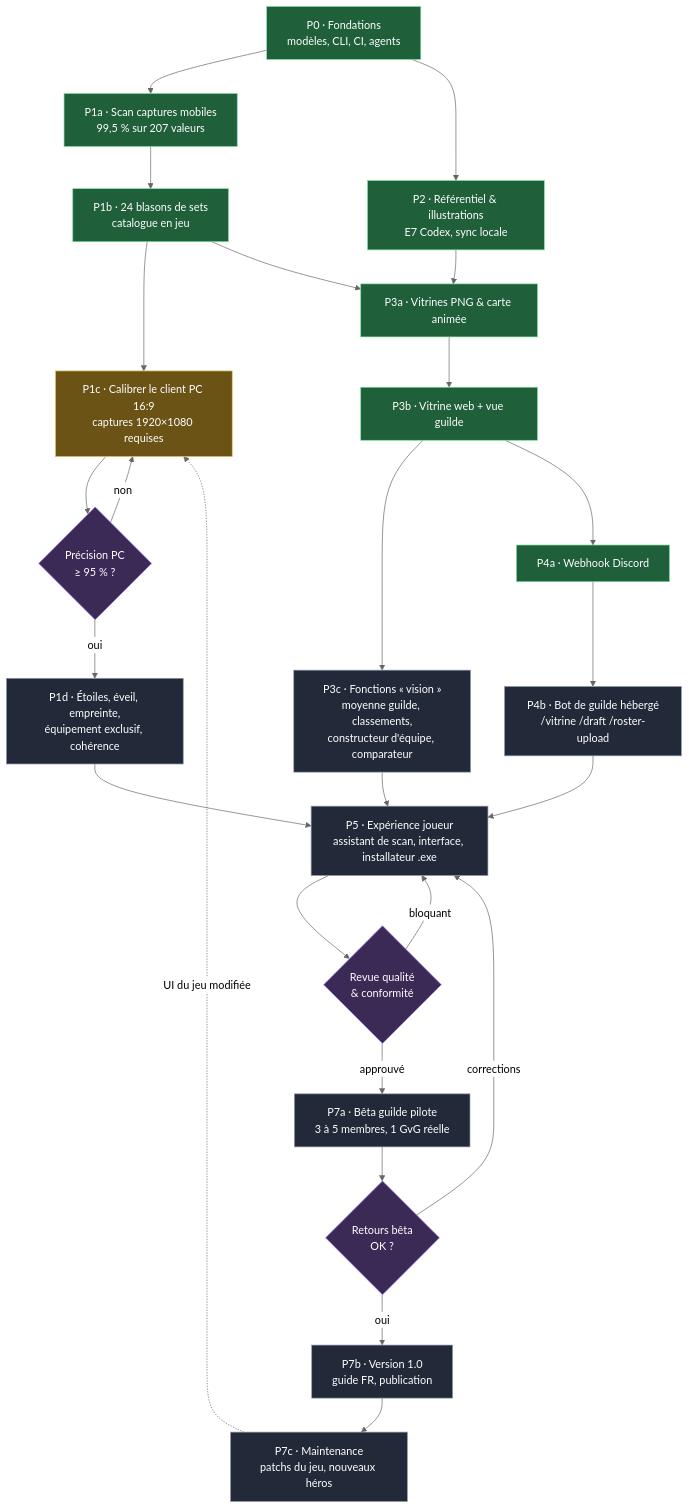
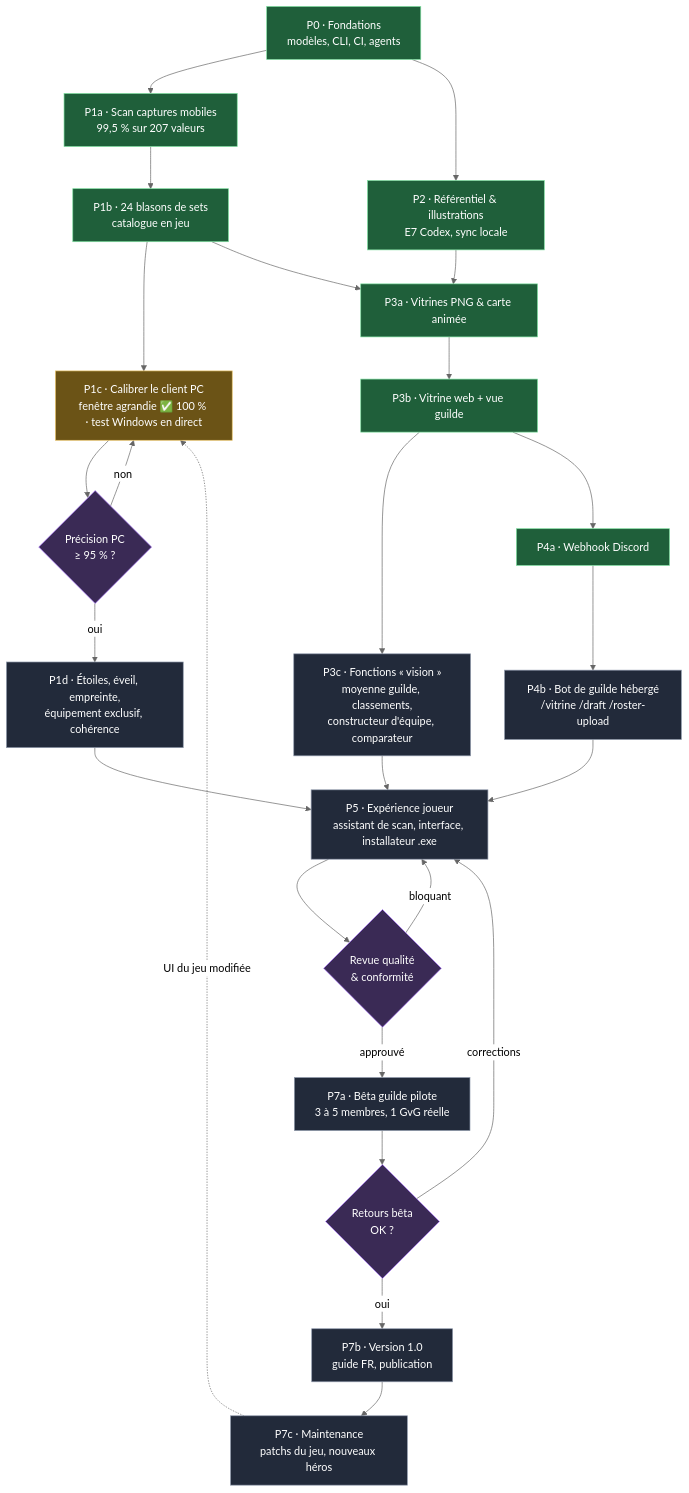
Before and after one commit to STRDSpartan/E7-projects: the first of 4 diagrams in docs/PLAN.md, drawn with Mermaid (neutral theme). The commit also changed other lines of this file and 13 other files, not shown here.

First line of the commit message:
Calibration du client PC : profil pc_19x10 à 100 % sur captures réelles

````diff
--- a/docs/PLAN.md
+++ b/docs/PLAN.md
@@ -37,37 +37,37 @@
 ```mermaid
 flowchart TD
     classDef done fill:#1f5f3a,stroke:#7fe0a0,color:#fff
     classDef doing fill:#6b5316,stroke:#e9c46a,color:#fff
     classDef todo fill:#222a3a,stroke:#8f99ab,color:#fff
     classDef gate fill:#3a2a55,stroke:#b07cff,color:#fff
 
     P0["P0 · Fondations<br/>modèles, CLI, CI, agents"]:::done
     P0 --> P1M["P1a · Scan captures mobiles<br/>99,5 % sur 207 valeurs"]:::done
     P0 --> P2["P2 · Référentiel & illustrations<br/>E7 Codex, sync locale"]:::done
     P1M --> P1S["P1b · 24 blasons de sets<br/>catalogue en jeu"]:::done
-    P1S --> P1PC["P1c · Calibrer le client PC 16:9<br/>captures 1920×1080 requises"]:::doing
+    P1S --> P1PC["P1c · Calibrer le client PC<br/>fenêtre agrandie ✅ 100 % · test Windows en direct"]:::doing
     P1PC --> G1{"Précision PC<br/>≥ 95 % ?"}:::gate
     G1 -- "non" --> P1PC
     G1 -- "oui" --> P1X["P1d · Étoiles, éveil, empreinte,<br/>équipement exclusif, cohérence"]:::todo
 
     P1S --> P3A["P3a · Vitrines PNG & carte animée"]:::done
     P2 --> P3A
     P3A --> P3B["P3b · Vitrine web + vue guilde"]:::done
     P3B --> P3C["P3c · Fonctions « vision »<br/>moyenne guilde, classements,<br/>constructeur d'équipe, comparateur"]:::todo
 
     P3B --> P4A["P4a · Webhook Discord"]:::done
     P4A --> P4B["P4b · Bot de guilde hébergé<br/>/vitrine /draft /roster-upload"]:::todo
 
     P1X --> P5["P5 · Expérience joueur<br/>assistant de scan, interface, installateur .exe"]:::todo
     P3C --> P5
     P4B --> P5
 
     P5 --> G2{"Revue qualité<br/>& conformité"}:::gate
     G2 -- "bloquant" --> P5
     G2 -- "approuvé" --> P7A["P7a · Bêta guilde pilote<br/>3 à 5 membres, 1 GvG réelle"]:::todo
     P7A --> G3{"Retours bêta<br/>OK ?"}:::gate
     G3 -- "corrections" --> P5
     G3 -- "oui" --> V1["P7b · Version 1.0<br/>guide FR, publication"]:::todo
     V1 --> M["P7c · Maintenance<br/>patchs du jeu, nouveaux héros"]:::todo
     M -. "UI du jeu modifiée" .-> P1PC
 ```
````
